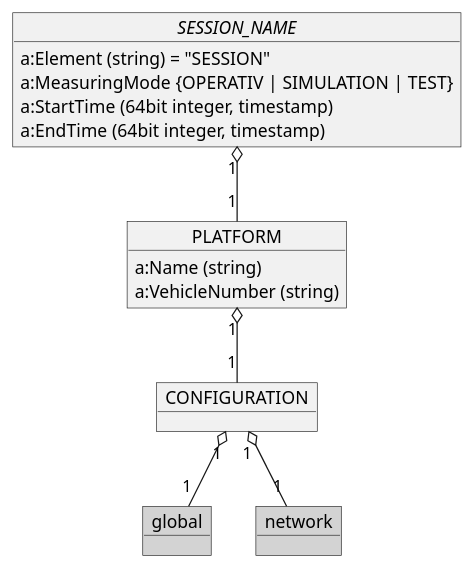
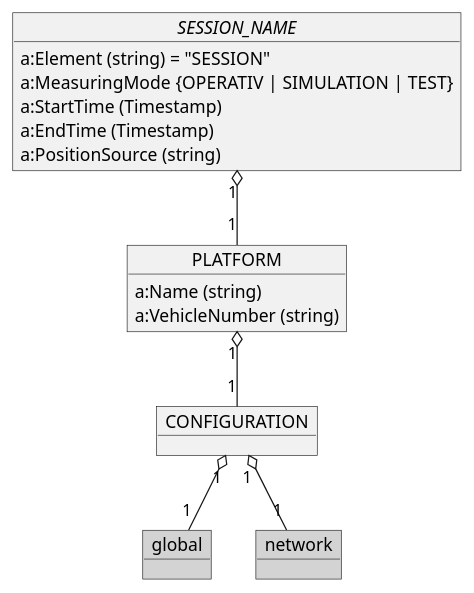
One commit to OpenRailAssociation/rcm-dx changed the fifth of 9 diagrams in images/RCM-DX_images.puml. Above: the diagram before and after it, drawn with PlantUML. The commit also changed other lines of this file and 1 other file, not shown here.

```diff
--- a/images/RCM-DX_images.puml
+++ b/images/RCM-DX_images.puml
@@ -315,24 +321,25 @@
 @startuml RCM_DX_Platform_overview
 
   object "//SESSION_NAME//" as session_name {
     a:Element (string) = "SESSION"
     a:MeasuringMode {OPERATIV | SIMULATION | TEST}
-    a:StartTime (64bit integer, timestamp)
-    a:EndTime (64bit integer, timestamp)
+    a:StartTime (Timestamp)
+    a:EndTime (Timestamp)
+    a:PositionSource (string)
   }
 
   object PLATFORM {
     a:Name (string)
     a:VehicleNumber (string)
   }
 
   object CONFIGURATION
   object global #LightGray
   object network #LightGray
 
   session_name "1" o-- "1" PLATFORM
   PLATFORM "1" o-- "1" CONFIGURATION
   CONFIGURATION "1" o-- "1" global
   CONFIGURATION "1" o-- "1" network
 
 @enduml
```
